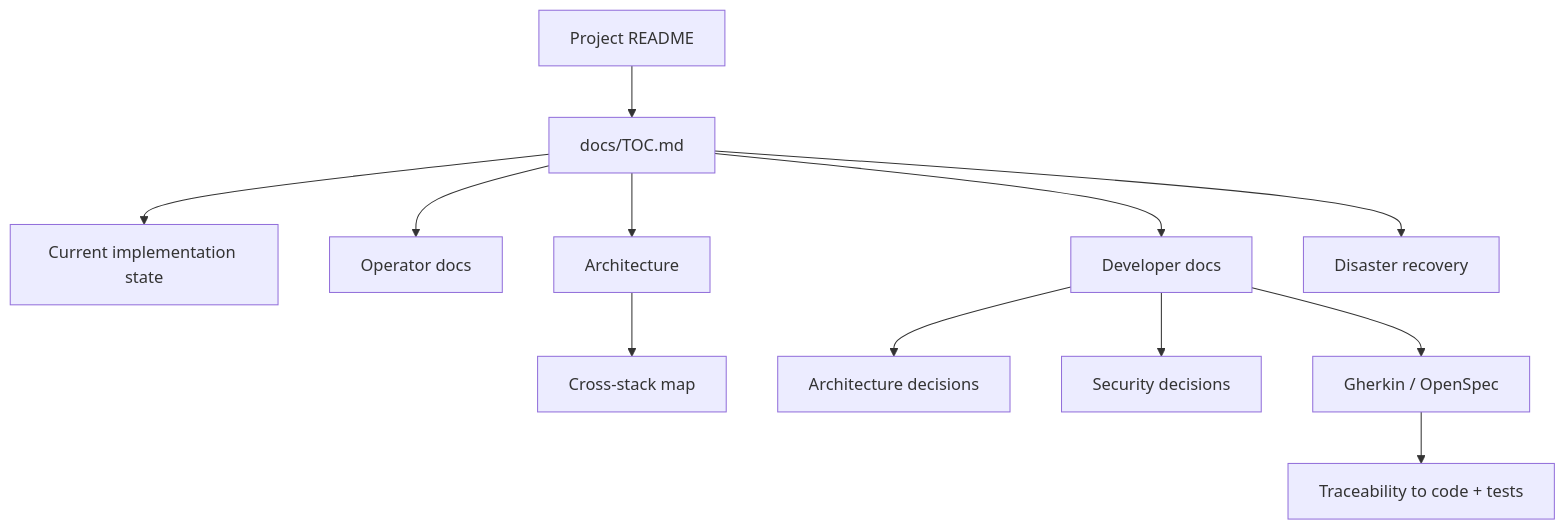
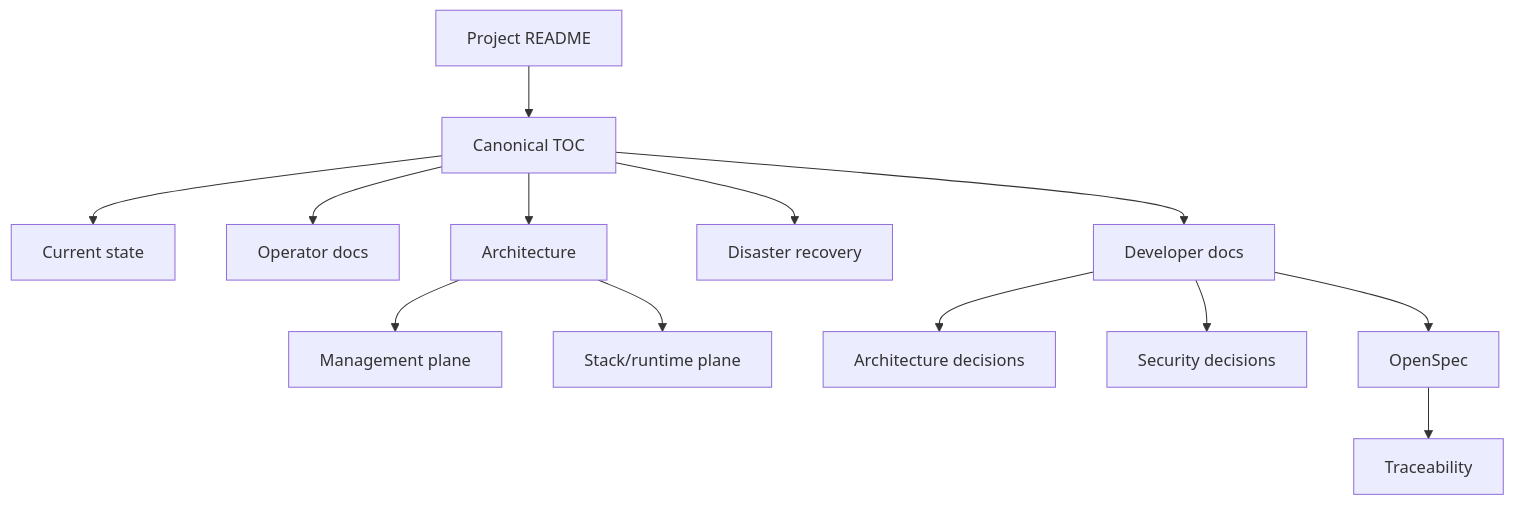
Before and after one commit to ea1het/local_hybrid_ai: the diagram in docs/README.md, drawn with Mermaid. The commit also changed other lines of this file and 26 other files, not shown here.

First line of the commit message:
docs: reconcile documentation with post-refactor architecture (#29)

````diff
--- a/docs/README.md
+++ b/docs/README.md
@@ -32,14 +35,15 @@
 ```mermaid
 flowchart TD
-    Root["Project README"] --> TOC["docs/TOC.md"]
-    TOC --> Current["Current implementation state"]
+    Root["Project README"] --> TOC["Canonical TOC"]
+    TOC --> Current["Current state"]
     TOC --> Ops["Operator docs"]
     TOC --> Arch["Architecture"]
+    TOC --> DR["Disaster recovery"]
     TOC --> Dev["Developer docs"]
-    TOC --> DR["Disaster recovery"]
-    Arch --> Stacks["Cross-stack map"]
+    Arch --> MP["Management plane"]
+    Arch --> Stacks["Stack/runtime plane"]
     Dev --> ADR["Architecture decisions"]
     Dev --> SDR["Security decisions"]
-    Dev --> Spec["Gherkin / OpenSpec"]
-    Spec --> Trace["Traceability to code + tests"]
+    Dev --> Spec["OpenSpec"]
+    Spec --> Trace["Traceability"]
 ```
````
